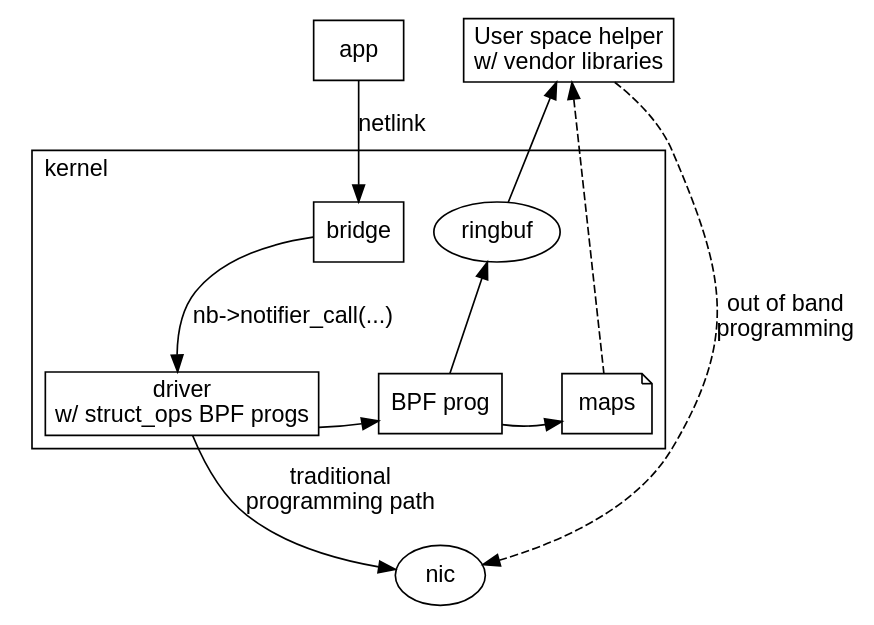
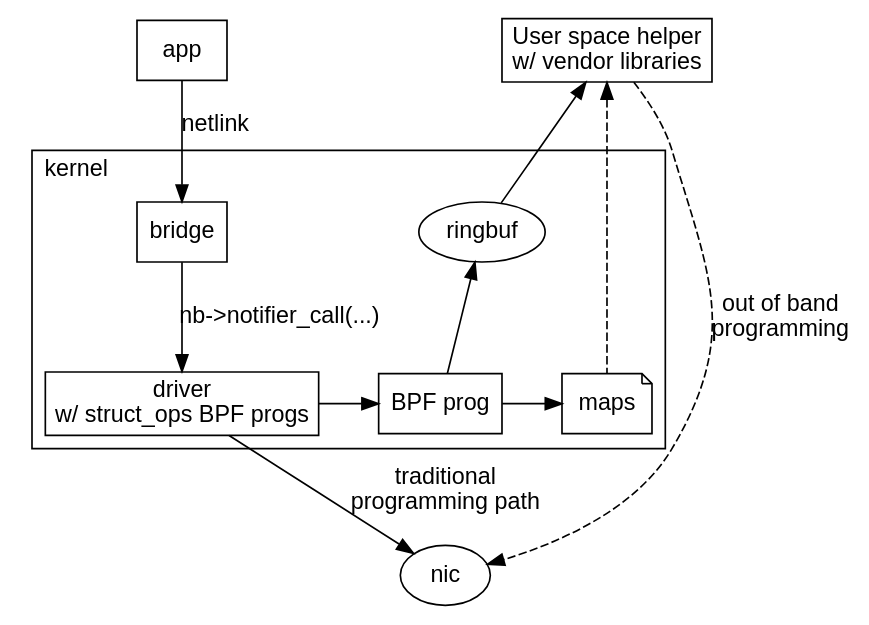
The fourth of 4 diagrams in netlink/README.org (donaldh/opi-proto), drawn with Graphviz before and after one commit. The commit also changed other lines of this file and 3 other files, not shown here.

Commit message:
More diagram tweaks to fix layout

```diff
--- a/netlink/README.org
+++ b/netlink/README.org
@@ -157,40 +154,34 @@
 #+begin_src dot :file switchdev_offload.png :tangle switchdev_offload.txt :exports results
  digraph switchdev {
         fontname="Arial"
         node [fontname="Arial"]
         edge [fontname="Arial"]
 
         subgraph user_space {
                 app [shape=box]
                 listener [shape=box label="User space helper\nw/ vendor libraries"]
                 rank = same;
         }
         subgraph cluster_kernel {
                 label = "kernel"
                 labeljust = "l"
                 bridge [shape=box; label="bridge"]
                 ringbuf
                 {rank = same; bridge; ringbuf}
                 driver [shape=box label="driver\nw/ struct_ops BPF progs"]
                 bpf [shape=box label="BPF prog"]
                 maps [shape=note]
                 {rank = same; driver; bpf; maps;}
         }
 
         app -> bridge [label="netlink"]
-        bpf -> ringbuf -> listener
+        listener -> ringbuf -> bpf [dir=back]
         bridge -> driver [label="nb->notifier_call(...)"]
         driver -> nic [label="traditional\nprogramming path"]
         driver -> bpf
         bpf -> maps
 
         listener -> nic [label="out of band\nprogramming" style=dashed]
         listener -> maps [style=dashed; dir=back]
-
-        edge[style=invis]
-        listener->bridge->bpf->nic
-        driver->bpf->maps
-        app->listener
-
  }
 #+end_src
```
